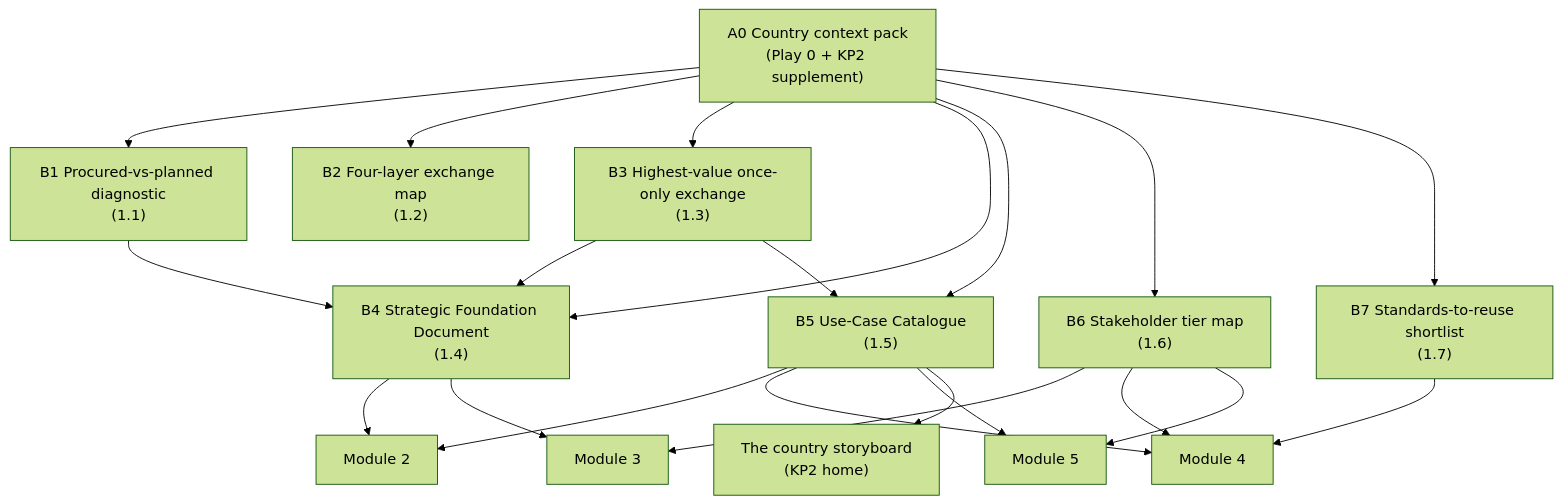
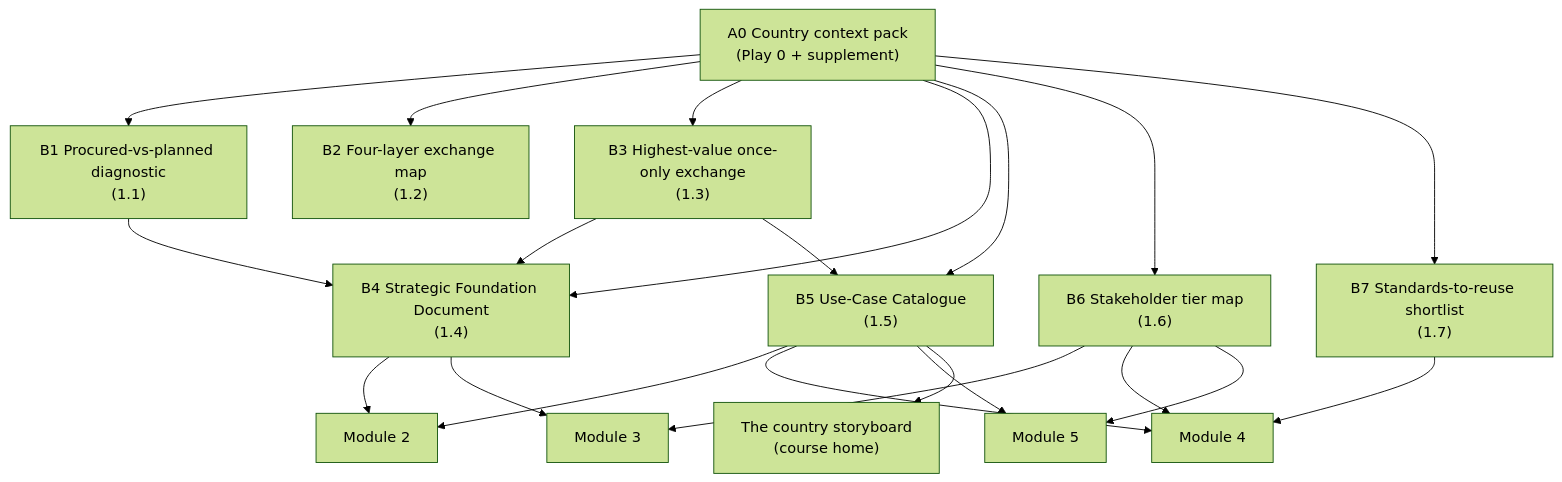
The diagram in 10-Knowledge-Products/gitbook/kp2/module-1/README.md (aarelaponin/geatdm-framework), drawn with Mermaid (forest theme) before and after one commit. The commit also changed other lines of this file and 67 other files, not shown here.

````diff
--- a/10-Knowledge-Products/gitbook/kp2/module-1/README.md
+++ b/10-Knowledge-Products/gitbook/kp2/module-1/README.md
@@ -37,36 +37,36 @@
 ```mermaid
 flowchart TD
-    A0["A0 Country context pack\n(Play 0 + KP2 supplement)"]
+    A0["A0 Country context pack\n(Play 0 + supplement)"]
     B1["B1 Procured-vs-planned diagnostic\n(1.1)"]
     B2["B2 Four-layer exchange map\n(1.2)"]
     B3["B3 Highest-value once-only exchange\n(1.3)"]
     B4["B4 Strategic Foundation Document\n(1.4)"]
     B5["B5 Use-Case Catalogue\n(1.5)"]
     B6["B6 Stakeholder tier map\n(1.6)"]
     B7["B7 Standards-to-reuse shortlist\n(1.7)"]
     M2out["Module 2"]
     M3out["Module 3"]
     M4out["Module 4"]
     M5out["Module 5"]
-    HOME["The country storyboard\n(KP2 home)"]
+    HOME["The country storyboard\n(course home)"]
     A0 --> B1
     B1 --> B4
     A0 --> B2
     A0 --> B3
     B3 --> B4
     B3 --> B5
     A0 --> B4
     B4 --> M2out
     B4 --> M3out
     A0 --> B5
     B5 --> M2out
     B5 --> M4out
     B5 --> M5out
     B5 --> HOME
     A0 --> B6
     B6 --> M3out
     B6 --> M4out
     B6 --> M5out
     A0 --> B7
     B7 --> M4out
 ```
````
